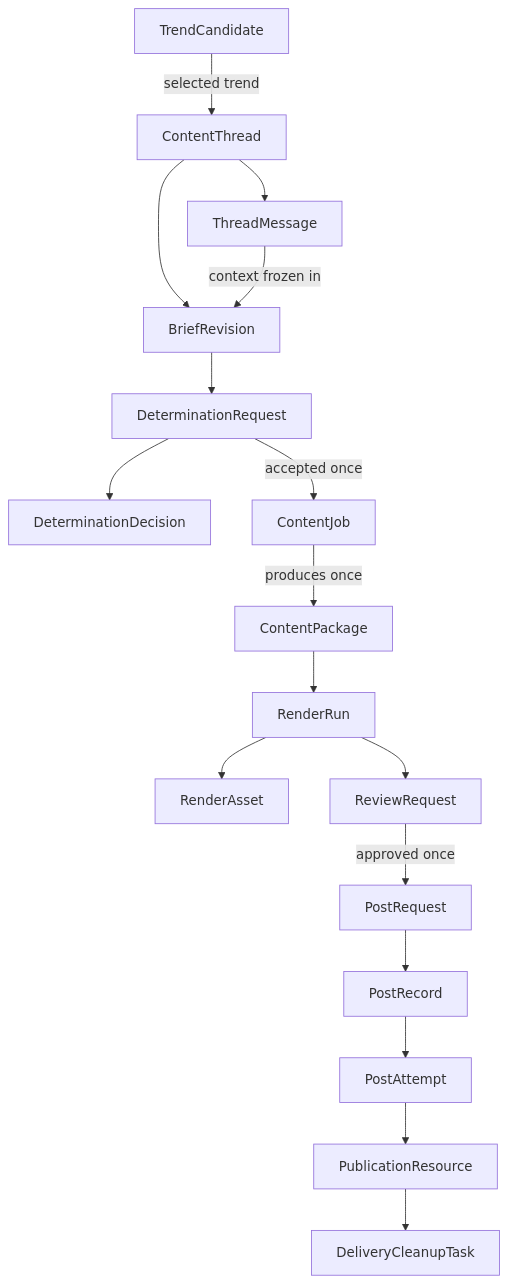
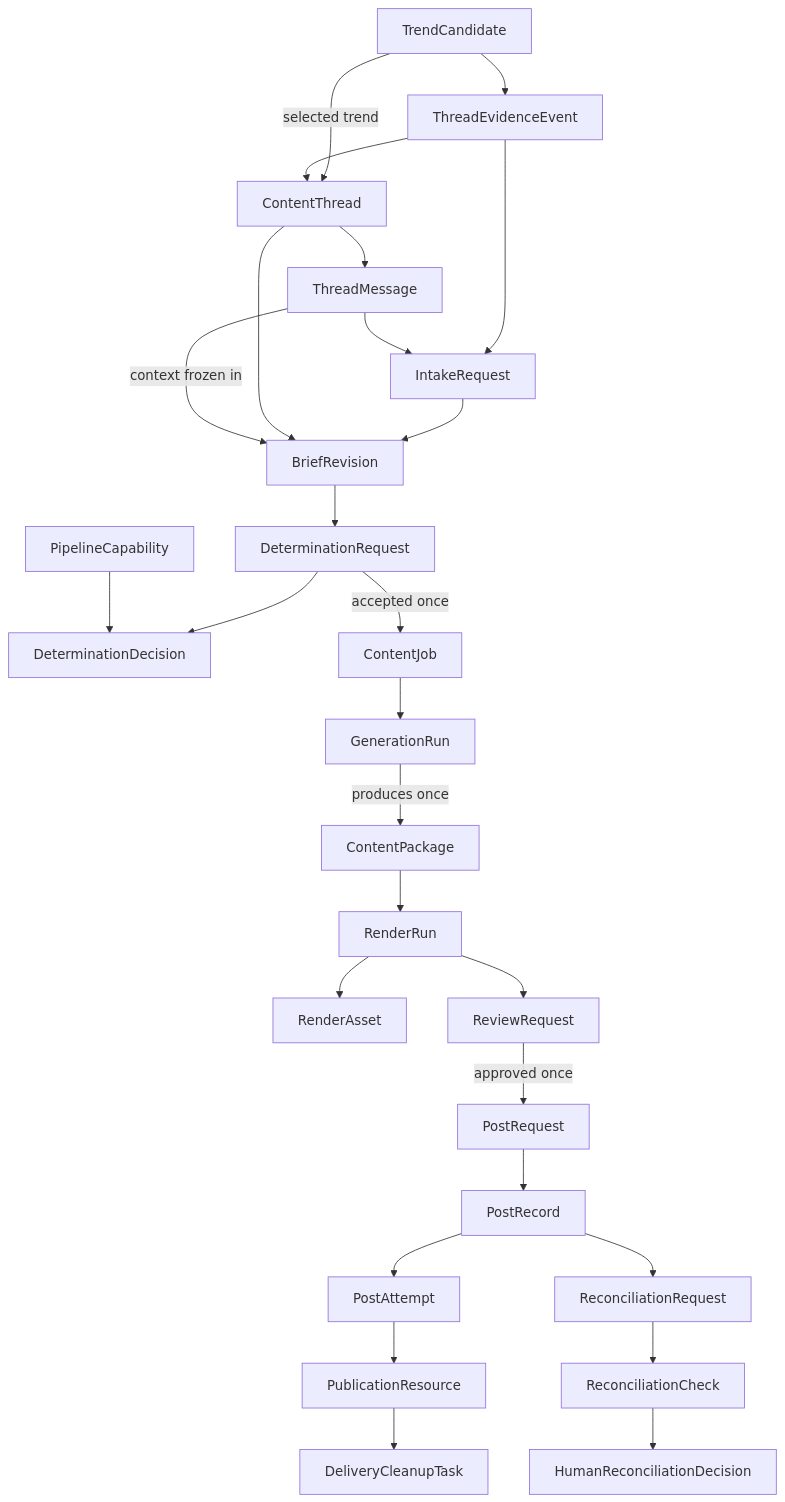
Before and after one commit to orderpizza/content_factory: the diagram in docs/specs/data-model.md, drawn with Mermaid. The commit also changed other lines of this file and 13 other files, not shown here.

Commit message:
Document modular target architecture

````diff
--- a/docs/specs/data-model.md
+++ b/docs/specs/data-model.md
@@ -31,19 +38,29 @@
 ```mermaid
 flowchart TB
     candidate[TrendCandidate] -->|selected trend| thread[ContentThread]
+    candidate --> evidence_event[ThreadEvidenceEvent]
+    evidence_event --> thread
+    evidence_event --> intake[IntakeRequest]
     thread --> message[ThreadMessage]
+    message --> intake[IntakeRequest]
+    intake --> revision[BriefRevision]
     thread --> revision[BriefRevision]
     message -->|context frozen in| revision
     revision --> request[DeterminationRequest]
     request --> decision[DeterminationDecision]
+    capability[PipelineCapability] --> decision
     request -->|accepted once| job[ContentJob]
-    job -->|produces once| package[ContentPackage]
+    job --> generation[GenerationRun]
+    generation -->|produces once| package[ContentPackage]
     package --> render[RenderRun]
     render --> asset[RenderAsset]
     render --> review[ReviewRequest]
     review -->|approved once| post_request[PostRequest]
     post_request --> post_record[PostRecord]
     post_record --> attempt[PostAttempt]
     attempt --> resource[PublicationResource]
     resource --> cleanup[DeliveryCleanupTask]
+    post_record --> reconciliation_request[ReconciliationRequest]
+    reconciliation_request --> reconciliation_check[ReconciliationCheck]
+    reconciliation_check --> reconciliation_decision[HumanReconciliationDecision]
 ```
````
